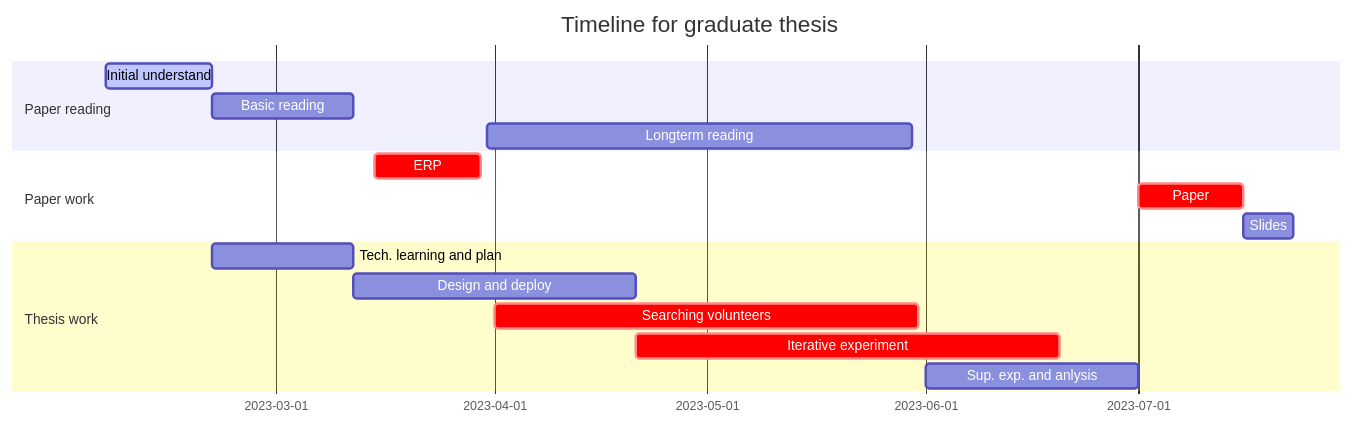
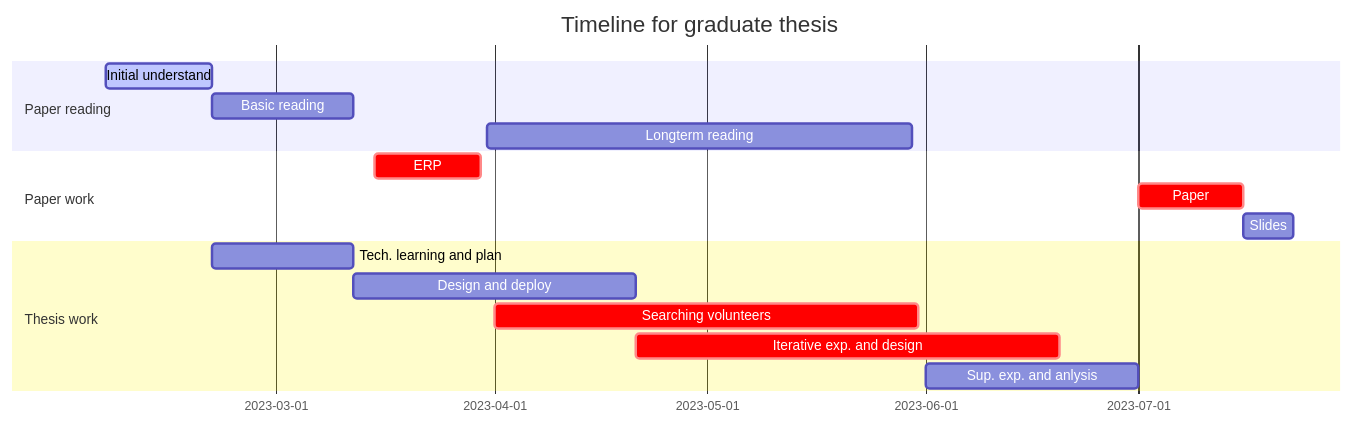
One commit to hinczhang/GraduteThesis_Master changed the diagram in README.md. Above: the diagram before and after it, drawn with Mermaid.

Commit message:
daily update

````diff
--- a/README.md
+++ b/README.md
@@ -5,19 +5,19 @@
 ```mermaid
 gantt
     title Timeline for graduate thesis
     dateFormat  YYYY-MM-DD
     section Paper reading
     Initial understand              :active, a1, 2023-02-05, 15d
     Basic reading                   :a2, after a1, 20d
     Longterm reading                :2023-03-31, 60d
     section Paper work
     ERP                             :crit, b1, 2023-03-15, 15d
     Paper                           :crit, b2, 2023-07-01, 15d
     Slides                          :b3, after b2, 7d
     section Thesis work
     Tech. learning and plan         :c1, after a1, 20d
     Design and deploy               :c2, after c1, 40d
     Searching volunteers            :crit, c3, 2023-04-01, 60d
-    Iterative experiment            :crit, c4, after c2, 60d
+    Iterative exp. and design       :crit, c4, after c2, 60d
     Sup. exp. and anlysis           :c5, 2023-06-01, 30d
 ```
````
